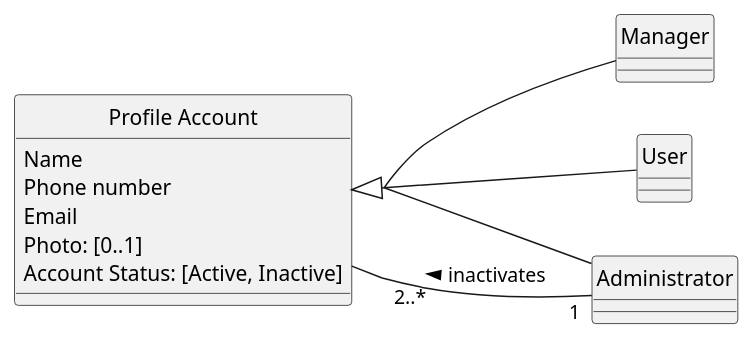
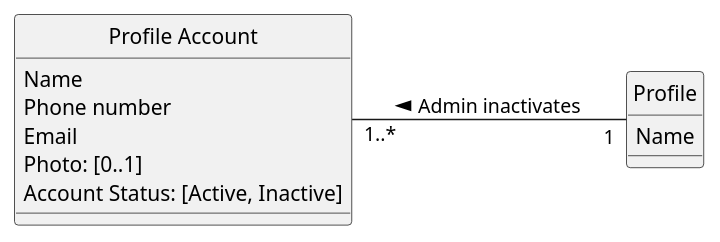
The diagram in docs/modelling_design/user_stories/us005/US005_InactivateUserAccountDMD.puml (ivo-menezes/project_g3), drawn with PlantUML before and after one commit. The commit also changed 4 other files, not shown here.

```diff
--- a/docs/modelling_design/user_stories/us005/US005_InactivateUserAccountDMD.puml
+++ b/docs/modelling_design/user_stories/us005/US005_InactivateUserAccountDMD.puml
@@ -1,22 +1,20 @@
 @startuml
 skinparam style strictuml
 left to right direction
 skinparam groupInheritance 3
 
- class "Profile Account" as Profile {
+ class "Profile Account" {
    Name
    Phone number
    Email
    Photo: [0..1]
    'the [0..1] in Photo indicates an optional value, see Craig 2004, p.121
    Account Status: [Active, Inactive]
  }
 
-Profile <|-- Manager
-Profile <|-- User
-Profile <|-- Administrator
+ class Profile {
+ Name
+ }
 
-Administrator "1" -- "2..*" Profile: inactivates >
-
-
+"Profile Account" "1..*" -- "1" Profile: Admin inactivates <
 @enduml
```
